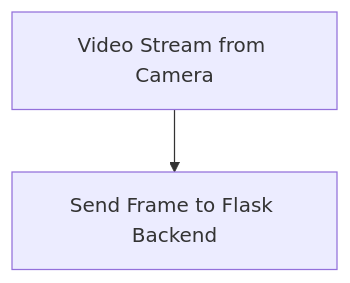
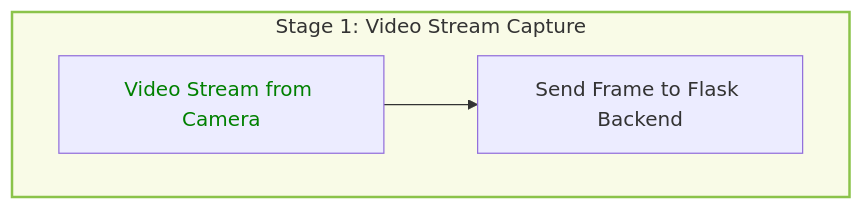
One commit to Tharun-selladurai/face_liveliness_web_platform changed the second of 7 diagrams in README.md. Above: the diagram before and after it, drawn with Mermaid. The commit also changed other lines of this file, not shown here.

````diff
--- a/README.md
+++ b/README.md
@@ -31,4 +27,7 @@
-    ```mermaid
-    graph TD;
-        A[Video Stream from Camera] --> B[Send Frame to Flask Backend];
-    ```
+```mermaid
+graph TD;
+    subgraph Stage1[Stage 1: Video Stream Capture]
+    style Stage1 fill:#F9FBE7,stroke:#8BC34A,stroke-width:2px;
+        A[<font color=green>Video Stream from Camera] --> B[Send Frame to Flask Backend]
+    end
+```
````
